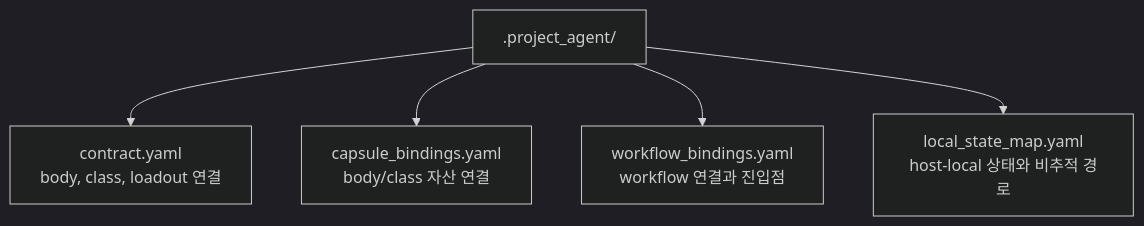
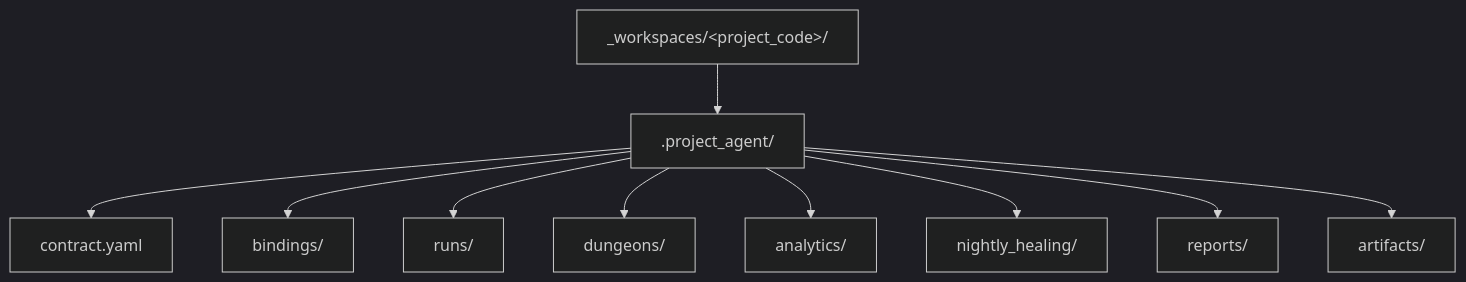
Before and after one commit to SungYongMOON/soulforge: the diagram in docs/architecture/workspace/PROJECT_AGENT_MINIMUM_SCHEMA.md, drawn with Mermaid (dark theme). The commit also changed other lines of this file and 39 other files, not shown here.

````diff
--- a/docs/architecture/workspace/PROJECT_AGENT_MINIMUM_SCHEMA.md
+++ b/docs/architecture/workspace/PROJECT_AGENT_MINIMUM_SCHEMA.md
@@ -13,7 +10,12 @@
 ```mermaid
 flowchart TD
-  PA[".project_agent/"] --> C["contract.yaml<br/>body, class, loadout 연결"]
-  PA --> CB["capsule_bindings.yaml<br/>body/class 자산 연결"]
-  PA --> WB["workflow_bindings.yaml<br/>workflow 연결과 진입점"]
-  PA --> LS["local_state_map.yaml<br/>host-local 상태와 비추적 경로"]
+  P["_workspaces/&lt;project_code&gt;/"] --> PA[".project_agent/"]
+  PA --> C["contract.yaml"]
+  PA --> B["bindings/"]
+  PA --> R["runs/"]
+  PA --> D["dungeons/"]
+  PA --> A["analytics/"]
+  PA --> N["nightly_healing/"]
+  PA --> RP["reports/"]
+  PA --> AR["artifacts/"]
 ```
````
